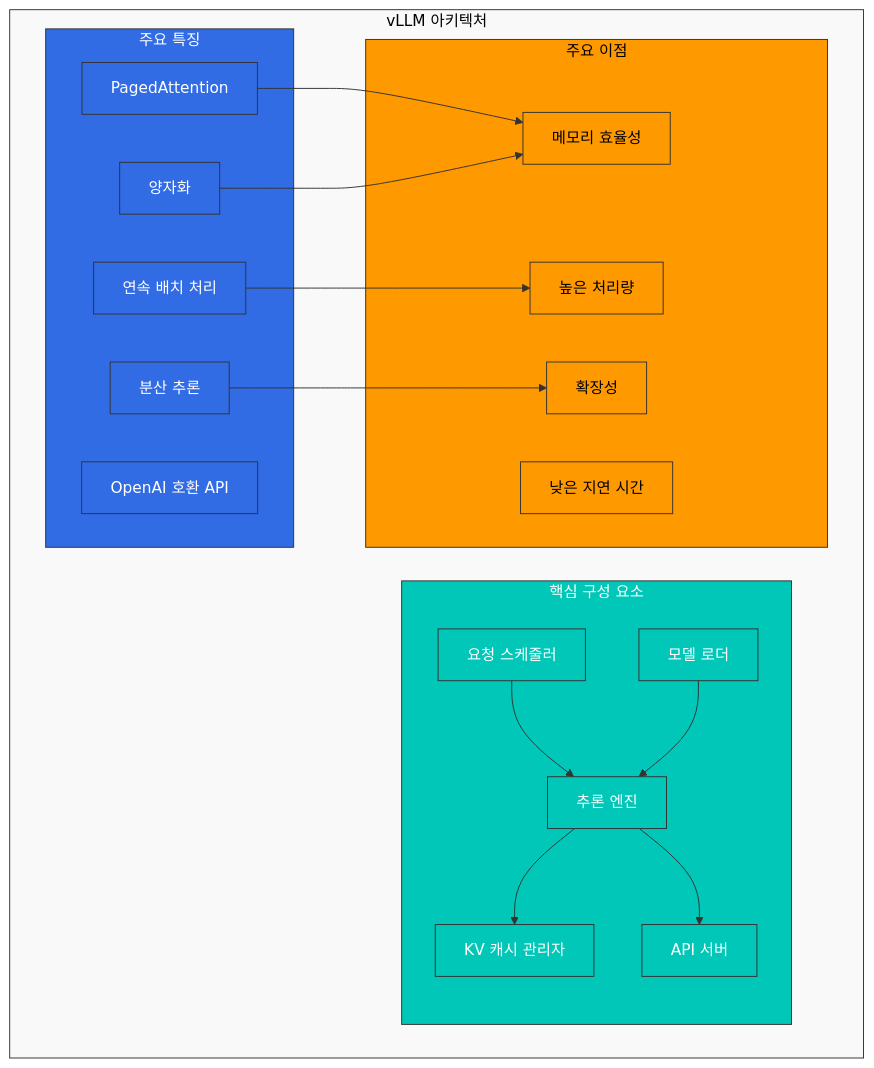
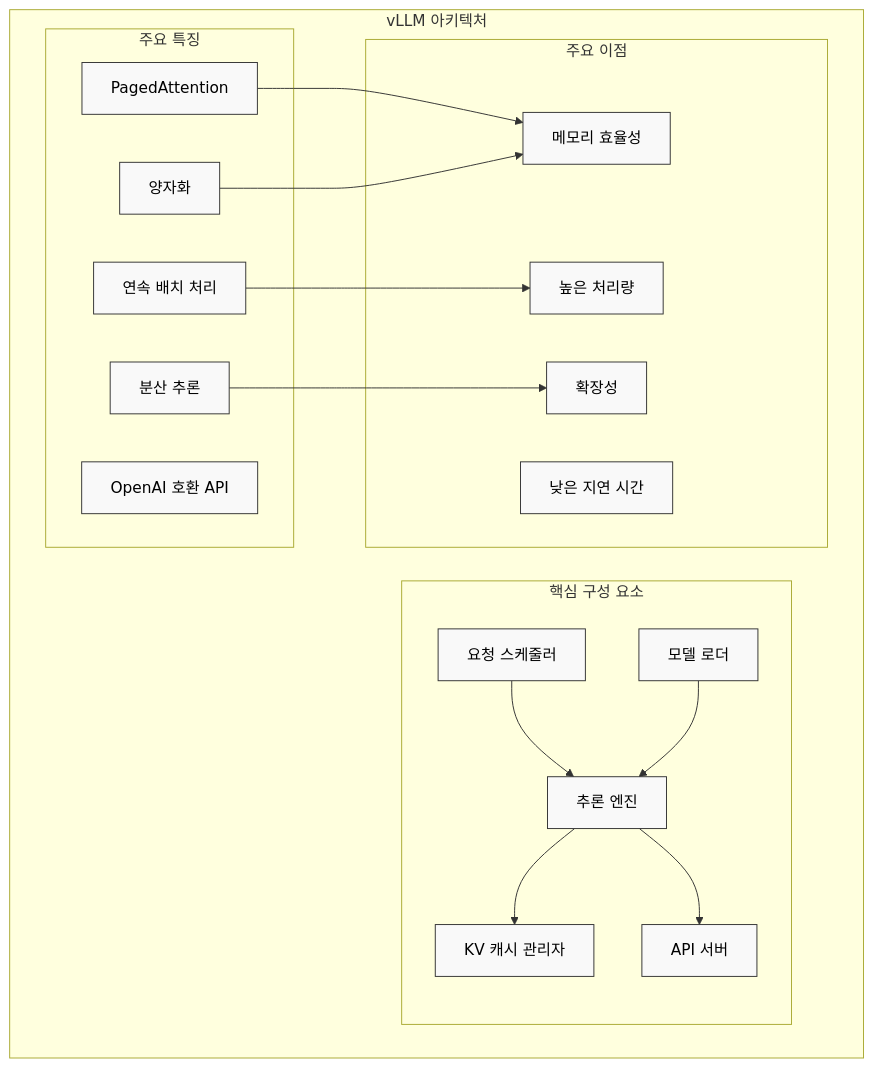
Before and after one commit to Atom-oh/kubernetes-docs: the first of 7 diagrams in advanced/04-vllm-deployment.md, drawn with Mermaid. The commit also changed other lines of this file, not shown here.

Commit message:
문서 개선: vLLM 배포 문서에 실습 환경 설정 및 지원 모델 정보 추가

````diff
--- a/advanced/04-vllm-deployment.md
+++ b/advanced/04-vllm-deployment.md
@@ -9,47 +33,42 @@
 ```mermaid
 flowchart TD
     subgraph vLLM [vLLM 아키텍처]
         subgraph Features [주요 특징]
             PagedAttention[PagedAttention]
             ContinuousBatching[연속 배치 처리]
             DistributedInference[분산 추론]
             Quantization[양자화]
             OpenAIAPI[OpenAI 호환 API]
         end
         
         subgraph Components [핵심 구성 요소]
             Engine[추론 엔진]
             Scheduler[요청 스케줄러]
             KVCache[KV 캐시 관리자]
             ModelLoader[모델 로더]
             APIServer[API 서버]
         end
         
         subgraph Benefits [주요 이점]
             MemoryEfficiency[메모리 효율성]
             HighThroughput[높은 처리량]
             LowLatency[낮은 지연 시간]
             Scalability[확장성]
         end
     end
     
     PagedAttention --> MemoryEfficiency
     ContinuousBatching --> HighThroughput
     DistributedInference --> Scalability
     Quantization --> MemoryEfficiency
     
     Engine --> KVCache
     Scheduler --> Engine
     ModelLoader --> Engine
     Engine --> APIServer
     
     classDef featureNode fill:#326CE5,stroke:#333,stroke-width:1px,color:white;
     classDef componentNode fill:#00C7B7,stroke:#333,stroke-width:1px,color:white;
     classDef benefitNode fill:#FF9900,stroke:#333,stroke-width:1px,color:black;
     classDef default fill:#f9f9f9,stroke:#333,stroke-width:1px,color:black;
-    
-    class PagedAttention,ContinuousBatching,DistributedInference,Quantization,OpenAIAPI,Features featureNode;
-    class Engine,Scheduler,KVCache,ModelLoader,APIServer,Components componentNode;
-    class MemoryEfficiency,HighThroughput,LowLatency,Scalability,Benefits benefitNode;
-    class vLLM default;
 ```
````
